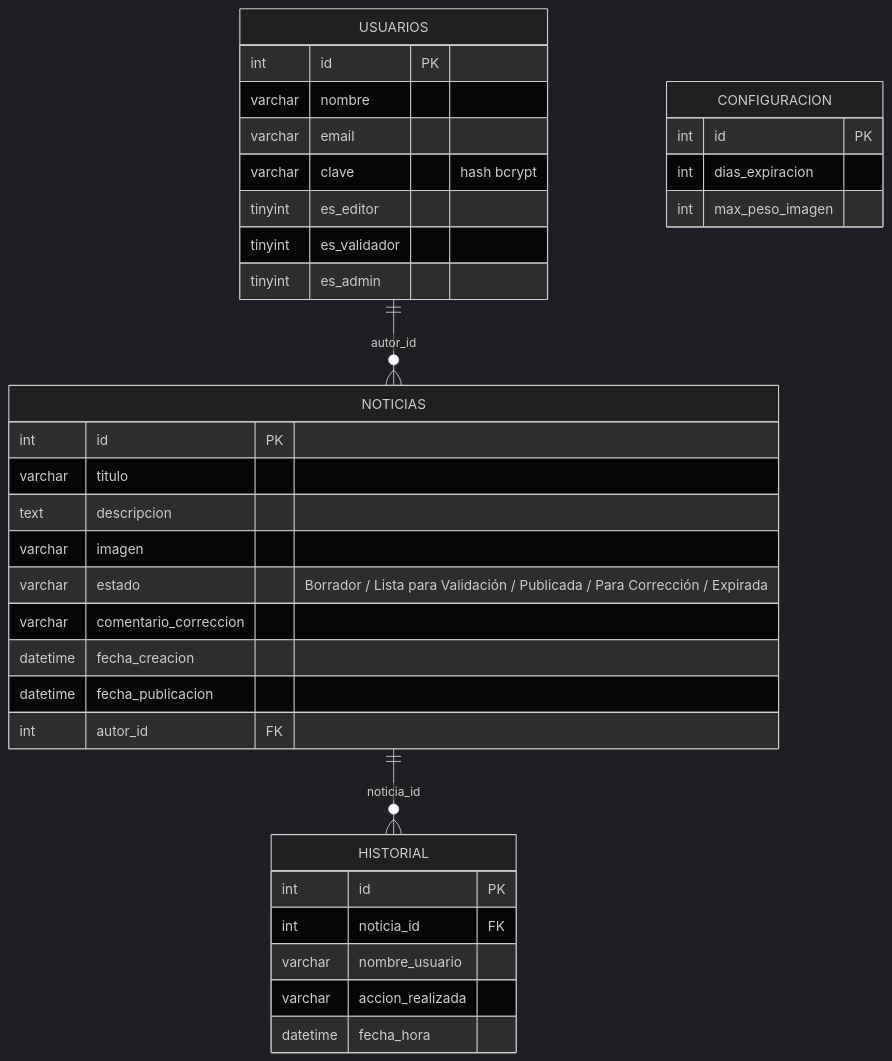
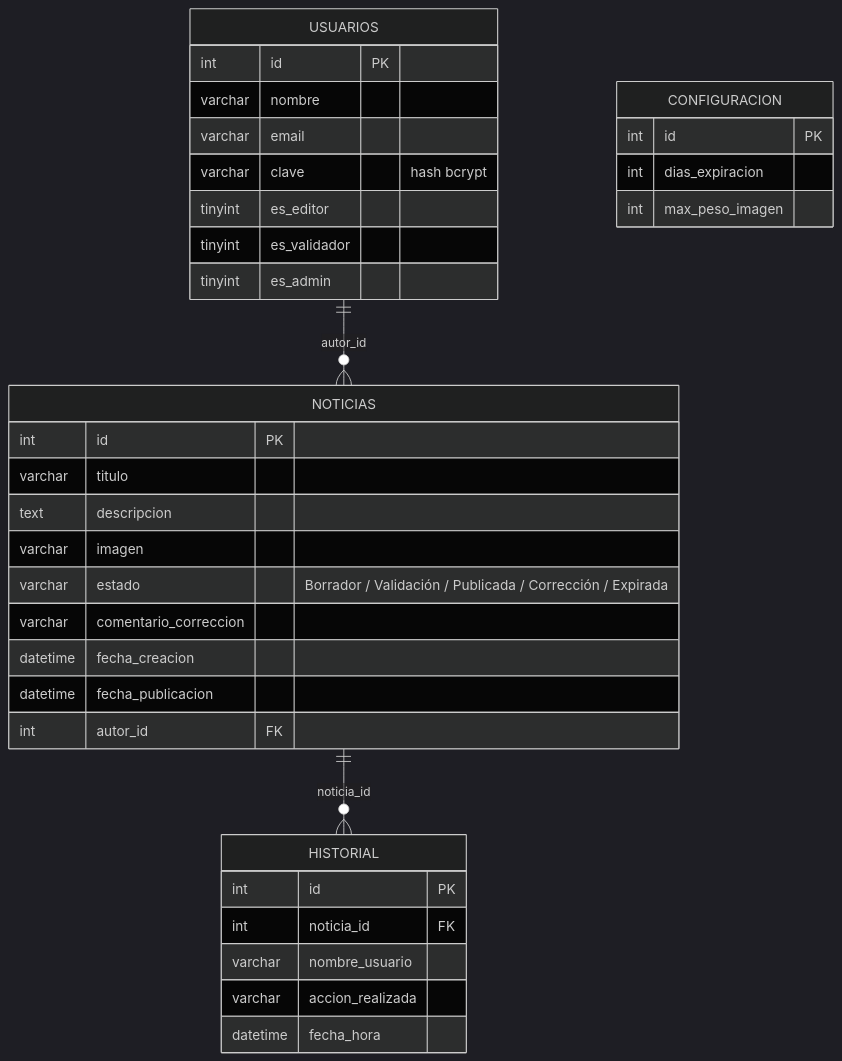
The second of 2 diagrams in README.md (RibZu/NoticiasInstitucionales), drawn with Mermaid (dark theme) before and after one commit. The commit also changed other lines of this file, not shown here.

````diff
--- a/README.md
+++ b/README.md
@@ -142,41 +125,41 @@
 ```mermaid
 erDiagram
     USUARIOS ||--o{ NOTICIAS : "autor_id"
     NOTICIAS ||--o{ HISTORIAL : "noticia_id"
 
     USUARIOS {
         int id PK
         varchar nombre
         varchar email
         varchar clave "hash bcrypt"
         tinyint es_editor
         tinyint es_validador
         tinyint es_admin
     }
 
     NOTICIAS {
         int id PK
         varchar titulo
         text descripcion
         varchar imagen
-        varchar estado "Borrador / Lista para Validación / Publicada / Para Corrección / Expirada"
+        varchar estado "Borrador / Validación / Publicada / Corrección / Expirada"
         varchar comentario_correccion
         datetime fecha_creacion
         datetime fecha_publicacion
         int autor_id FK
     }
 
     HISTORIAL {
         int id PK
         int noticia_id FK
         varchar nombre_usuario
         varchar accion_realizada
         datetime fecha_hora
     }
 
     CONFIGURACION {
         int id PK
         int dias_expiracion
         int max_peso_imagen
     }
 ```
````
